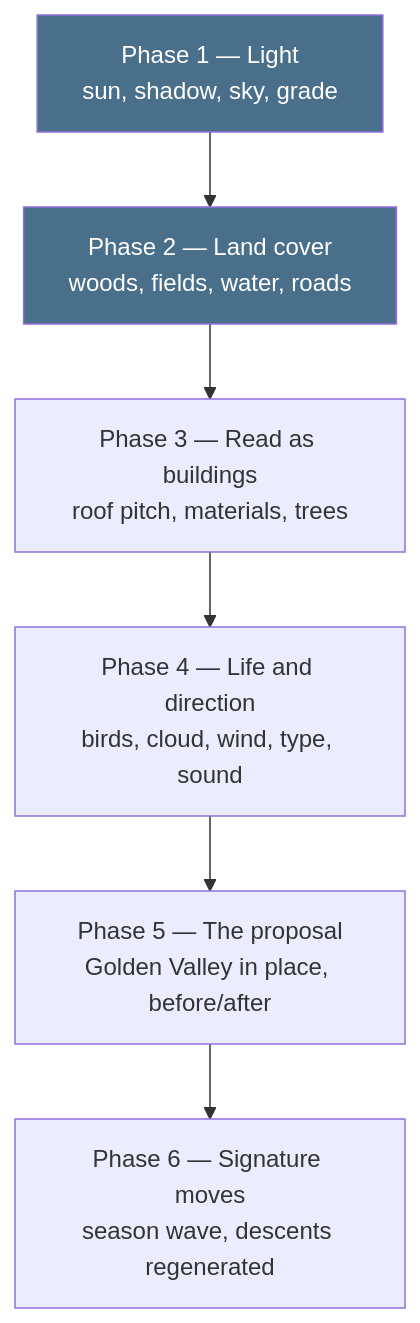
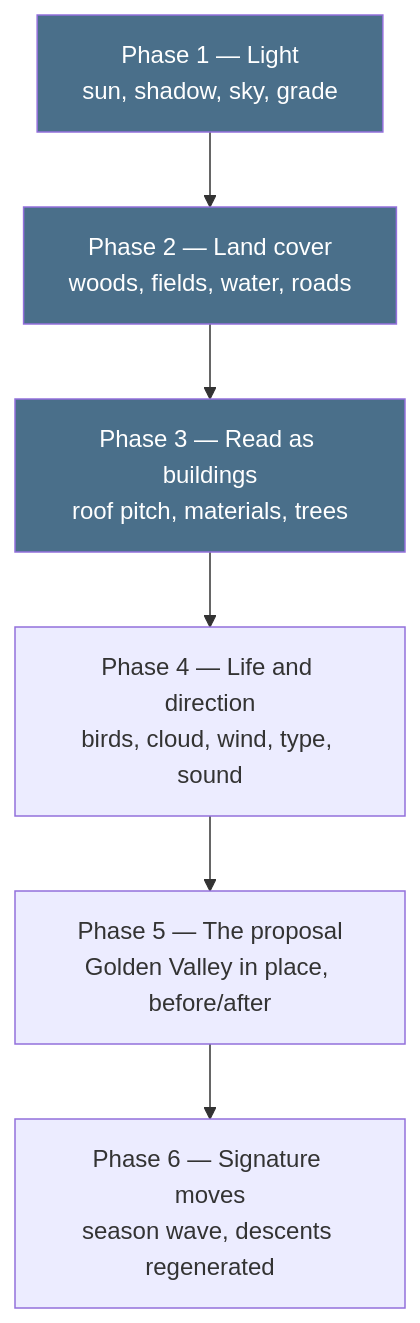
The diagram in plans/living-map-lookdev-plan.md (creativedexy/spatial-art-lab), drawn with Mermaid before and after one commit. The commit also changed other lines of this file and 9 other files, not shown here.

````diff
--- a/plans/living-map-lookdev-plan.md
+++ b/plans/living-map-lookdev-plan.md
@@ -44,10 +44,11 @@
 ```mermaid
 flowchart TD
   P1["Phase 1 — Light<br/>sun, shadow, sky, grade"] --> P2["Phase 2 — Land cover<br/>woods, fields, water, roads"]
   P2 --> P3["Phase 3 — Read as buildings<br/>roof pitch, materials, trees"]
   P3 --> P4["Phase 4 — Life and direction<br/>birds, cloud, wind, type, sound"]
   P4 --> P5["Phase 5 — The proposal<br/>Golden Valley in place, before/after"]
   P5 --> P6["Phase 6 — Signature moves<br/>season wave, descents regenerated"]
   style P1 fill:#4a6f8a,color:#fff
   style P2 fill:#4a6f8a,color:#fff
+  style P3 fill:#4a6f8a,color:#fff
 ```
````
